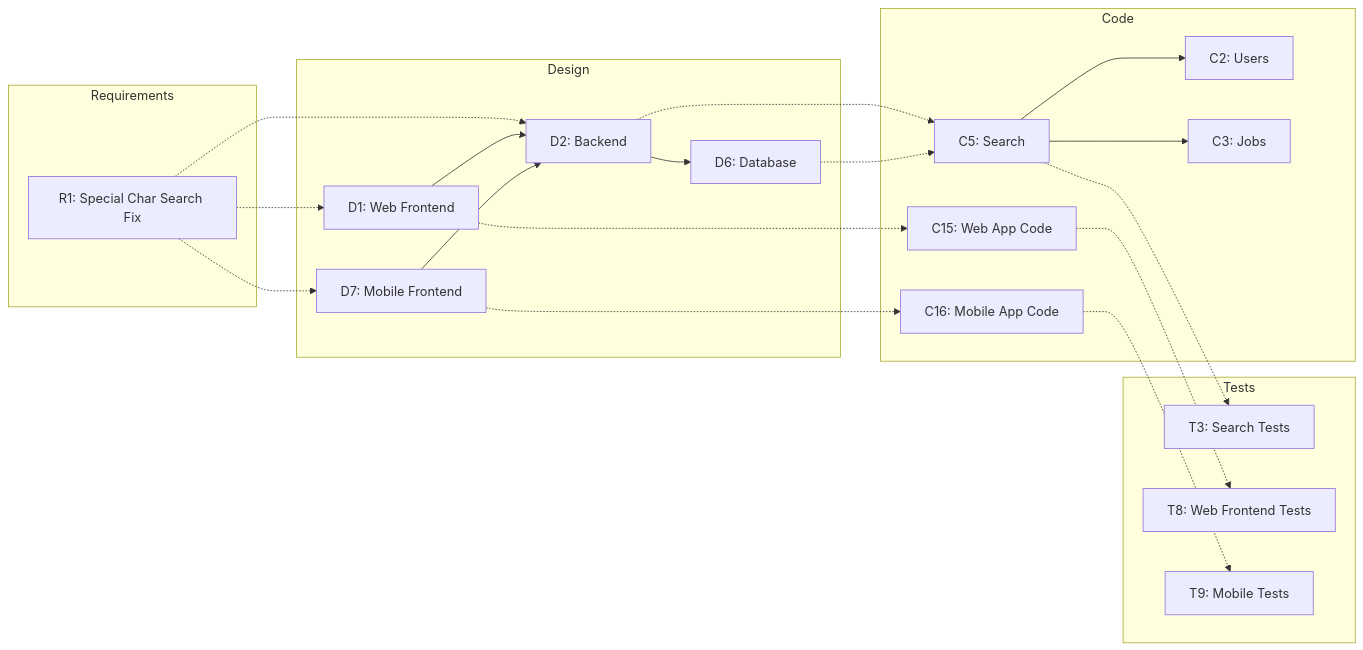
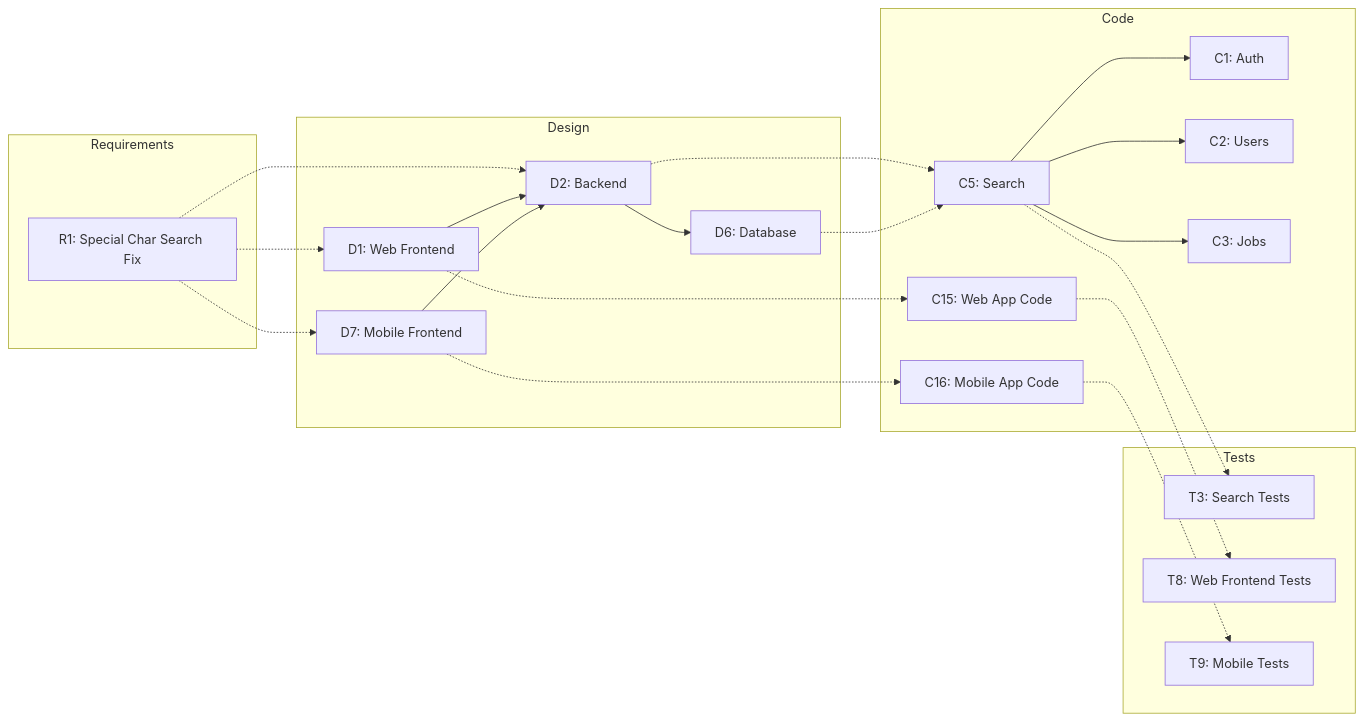
The second of 8 diagrams in D4_IMPACT_ANALYSIS.MD (outoft3n/2025-ITCS383-Chongyai), drawn with Mermaid before and after one commit. The commit also changed other lines of this file, not shown here.

````diff
--- a/D4_IMPACT_ANALYSIS.MD
+++ b/D4_IMPACT_ANALYSIS.MD
@@ -218,48 +234,50 @@
 ```mermaid
 graph LR
- 
+
 subgraph Requirements
 R1[R1: Special Char Search Fix]
 end
- 
+
 subgraph Design
 D1[D1: Web Frontend]
 D2[D2: Backend]
 D6[D6: Database]
 D7[D7: Mobile Frontend]
 end
- 
+
 subgraph Code
+C1[C1: Auth]
 C2[C2: Users]
 C3[C3: Jobs]
 C5[C5: Search]
 C15[C15: Web App Code]
 C16[C16: Mobile App Code]
 end
- 
+
 subgraph Tests
 T3[T3: Search Tests]
 T8[T8: Web Frontend Tests]
 T9[T9: Mobile Tests]
 end
- 
+
 R1 -.-> D1
 R1 -.-> D2
 R1 -.-> D7
- 
+
 D1 --> D2
 D7 --> D2
 D2 --> D6
- 
+
 D2 -.-> C5
 D6 -.-> C5
 D1 -.-> C15
 D7 -.-> C16
- 
+
+C5 --> C1
 C5 --> C3
 C5 --> C2
- 
+
 C5 -.-> T3
 C15 -.-> T8
 C16 -.-> T9
 ```
````
